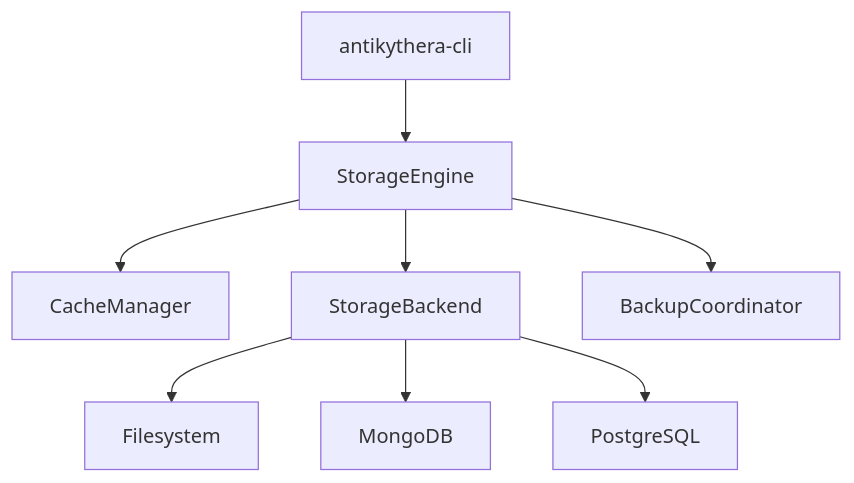
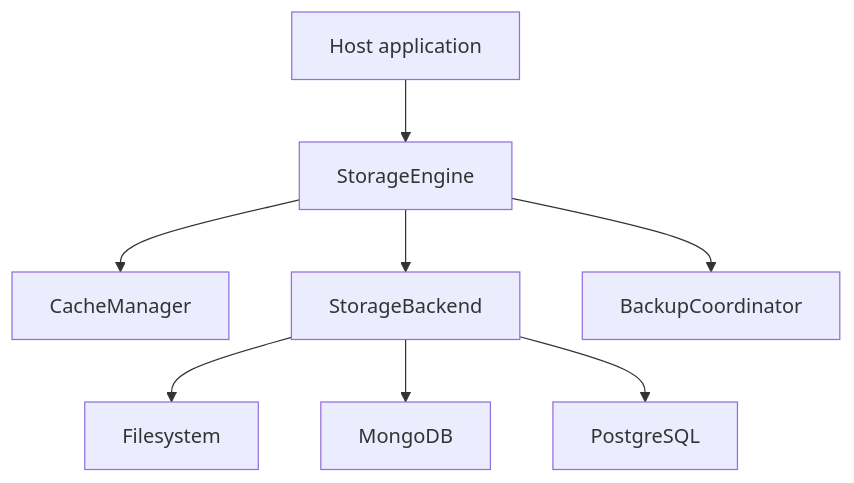
One commit to tsfarizi/antikythera-mcp-framework changed the diagram in documentation/STORAGE.md. Above: the diagram before and after it, drawn with Mermaid. The commit also changed other lines of this file and 14 other files, not shown here.

````diff
--- a/documentation/STORAGE.md
+++ b/documentation/STORAGE.md
@@ -7,10 +7,10 @@
 ```mermaid
 flowchart TD
-    CLI[antikythera-cli] --> ENGINE[StorageEngine]
+    HOST[Host application] --> ENGINE[StorageEngine]
     ENGINE --> CACHE[CacheManager]
     ENGINE --> BACKEND[StorageBackend]
     ENGINE --> BACKUP[BackupCoordinator]
     BACKEND --> FS[Filesystem]
     BACKEND --> MONGO[MongoDB]
     BACKEND --> PG[PostgreSQL]
 ```
````
